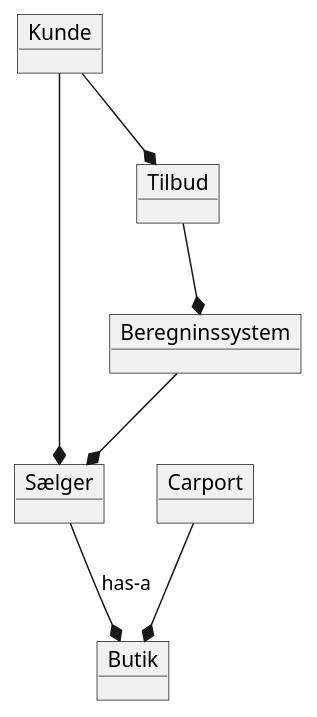
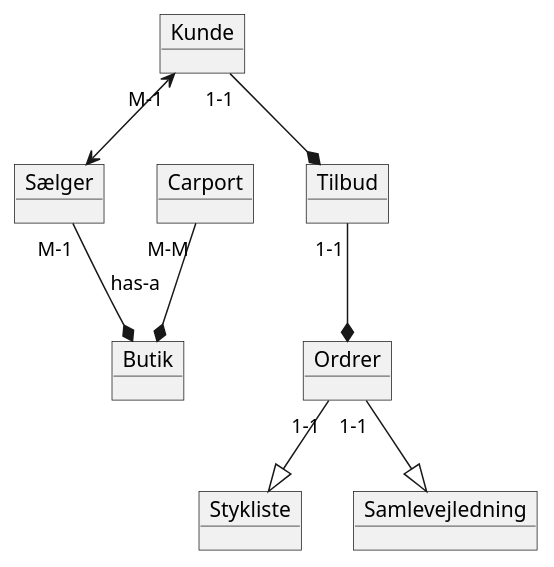
The diagram in src/main/resources/diagrams/domain/domain.puml (RodneyMuyanga/2.-semesterprojekt-FOG), drawn with PlantUML before and after one commit. The commit also changed 2 other files, not shown here.

```diff
--- a/src/main/resources/diagrams/domain/domain.puml
+++ b/src/main/resources/diagrams/domain/domain.puml
@@ -1,21 +1,24 @@
 @startuml
 'https://plantuml.com/class-diagram
 
 object Kunde
 object Carport
 object Sælger
 object Tilbud
-object Beregninssystem
 object Butik
+object Ordrer
+object Stykliste
+object Samlevejledning
 
-Sælger  --* Butik : has-a
-Kunde --* Sælger
-Beregninssystem --* Sælger
-Tilbud --* Beregninssystem
-Kunde --* Tilbud
-Carport --* Butik
+Sælger "M-1"  --* Butik : has-a
+Kunde "M-1"<--> Sælger
+Kunde "1-1"--* Tilbud
+Carport "M-M"--* Butik
+Tilbud "1-1"--* Ordrer
+Ordrer "1-1" --|> Stykliste
+Ordrer "1-1" --|> Samlevejledning
 
 
 
 
 @enduml
```
